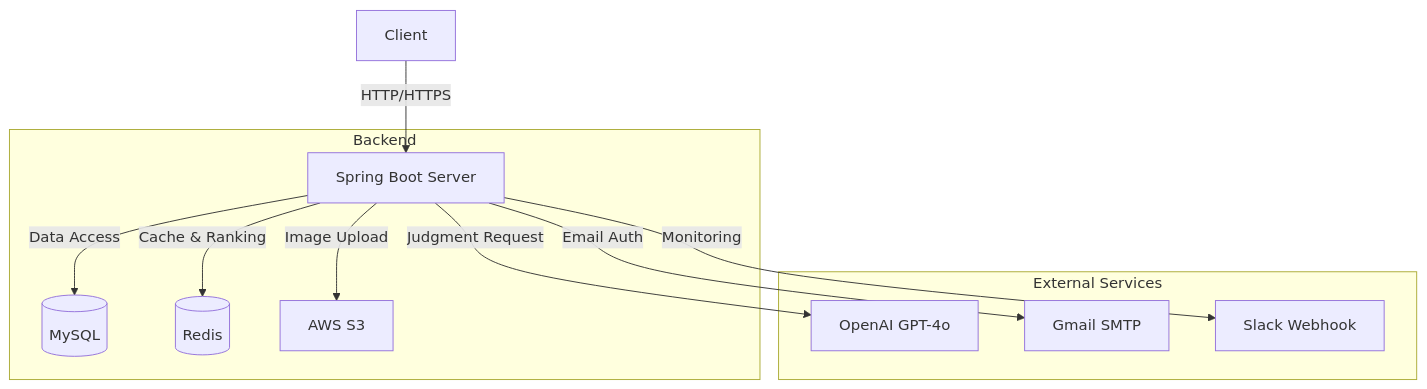
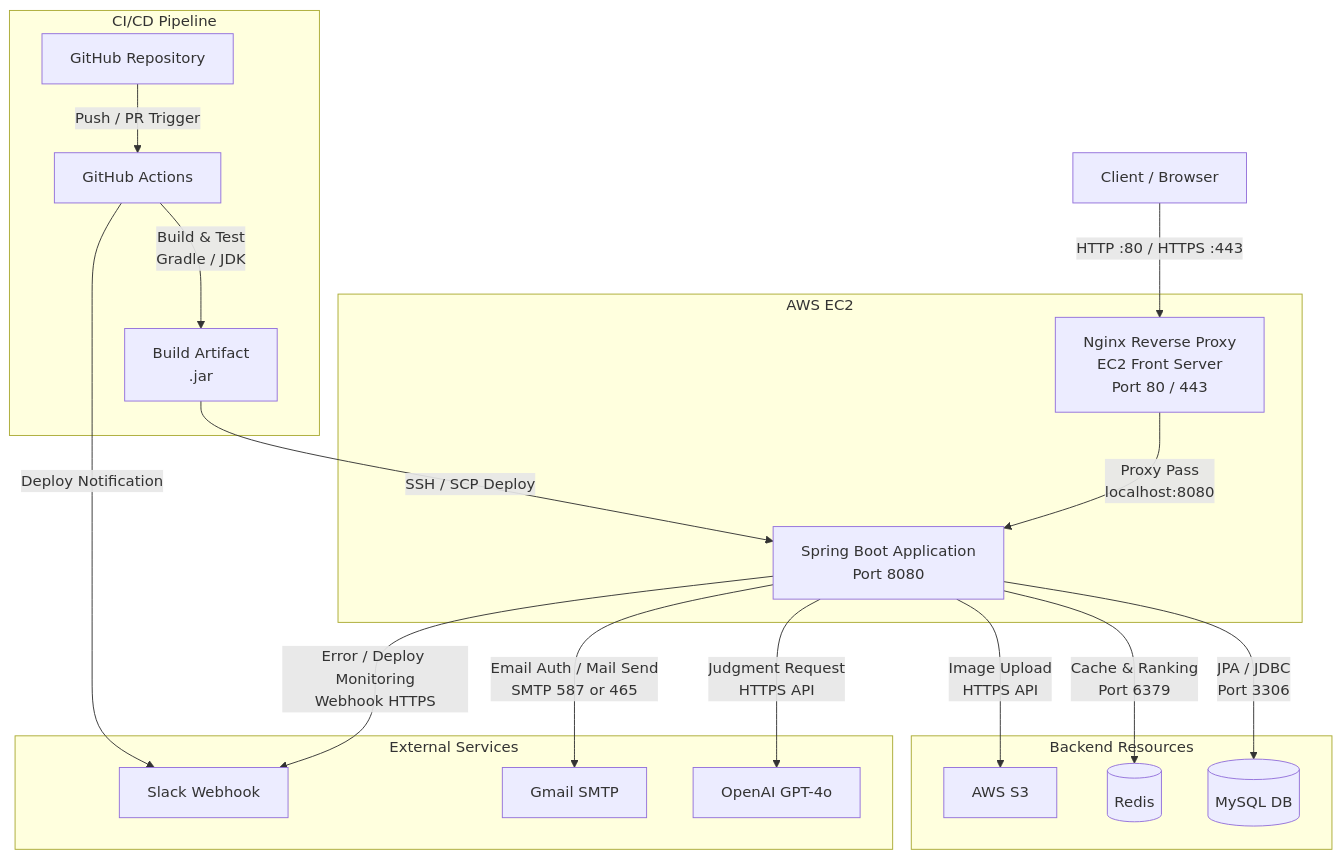
One commit to ddang-ddang-ddang/hongikLaw_BE changed the diagram in README.md. Above: the diagram before and after it, drawn with Mermaid.

Commit message:
docs : Enhance system architecture in README
Updated system architecture diagram to include Nginx reverse proxy and CI/CD pipeline details.

````diff
--- a/README.md
+++ b/README.md
@@ -108,16 +108,30 @@
 ```mermaid
 graph TD
-    User[Client] -->|HTTP/HTTPS| API_Gateway[Spring Boot Server]
-    
-    subgraph Backend
-    API_Gateway -->|Data Access| DB[(MySQL)]
-    API_Gateway -->|Cache & Ranking| Redis[(Redis)]
-    API_Gateway -->|Image Upload| S3[AWS S3]
+    User[Client / Browser] -->|HTTP :80 / HTTPS :443| Nginx[Nginx Reverse Proxy<br/>EC2 Front Server<br/>Port 80 / 443]
+
+    Nginx -->|Proxy Pass<br/>localhost:8080| Spring[Spring Boot Application<br/>Port 8080]
+
+    subgraph AWS_EC2["AWS EC2"]
+        Nginx
+        Spring
     end
-    
-    subgraph External Services
-    API_Gateway -->|Judgment Request| AI[OpenAI GPT-4o]
-    API_Gateway -->|Email Auth| SMTP[Gmail SMTP]
-    API_Gateway -->|Monitoring| Slack[Slack Webhook]
+
+    subgraph Backend["Backend Resources"]
+        Spring -->|JPA / JDBC<br/>Port 3306| MySQL[(MySQL DB)]
+        Spring -->|Cache & Ranking<br/>Port 6379| Redis[(Redis)]
+        Spring -->|Image Upload<br/>HTTPS API| S3[AWS S3]
+    end
+
+    subgraph External_Services["External Services"]
+        Spring -->|Judgment Request<br/>HTTPS API| OpenAI[OpenAI GPT-4o]
+        Spring -->|Email Auth / Mail Send<br/>SMTP 587 or 465| Gmail[Gmail SMTP]
+        Spring -->|Error / Deploy Monitoring<br/>Webhook HTTPS| Slack[Slack Webhook]
+    end
+
+    subgraph CICD["CI/CD Pipeline"]
+        GitHub[GitHub Repository] -->|Push / PR Trigger| Actions[GitHub Actions]
+        Actions -->|Build & Test<br/>Gradle / JDK| Build[Build Artifact<br/>.jar]
+        Build -->|SSH / SCP Deploy| Spring
+        Actions -->|Deploy Notification| Slack
     end
 ```
````
